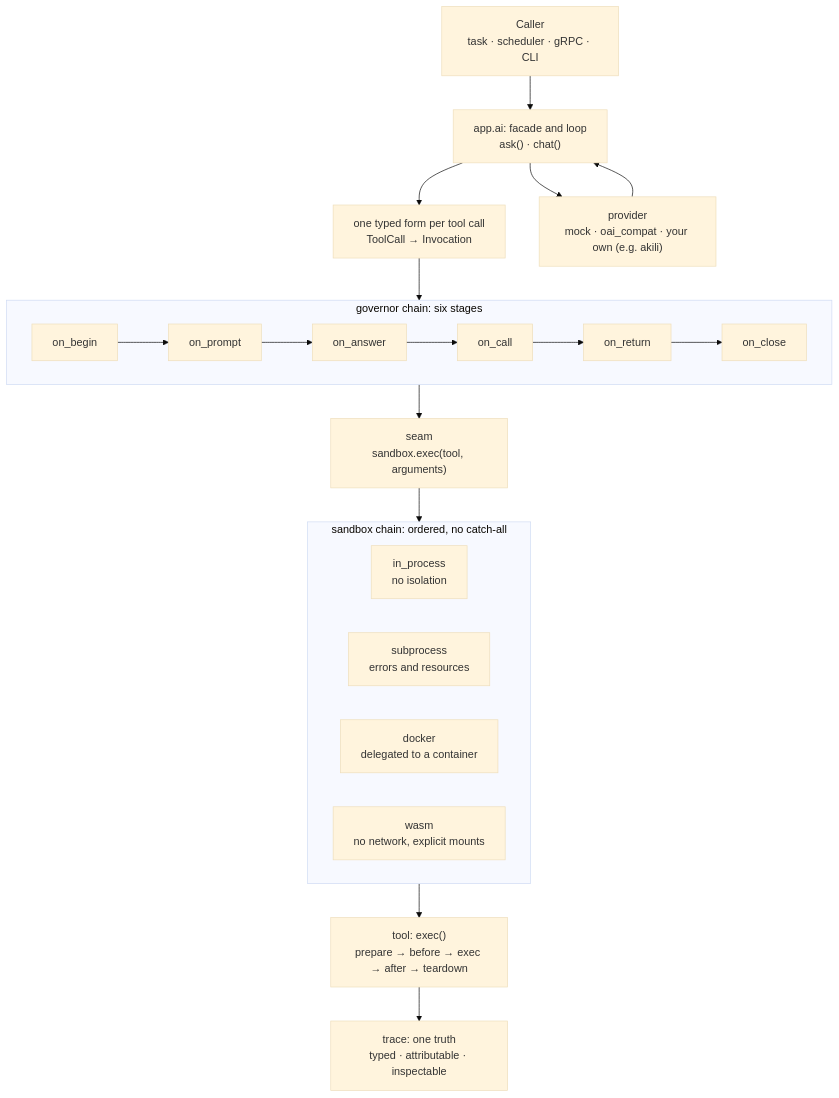
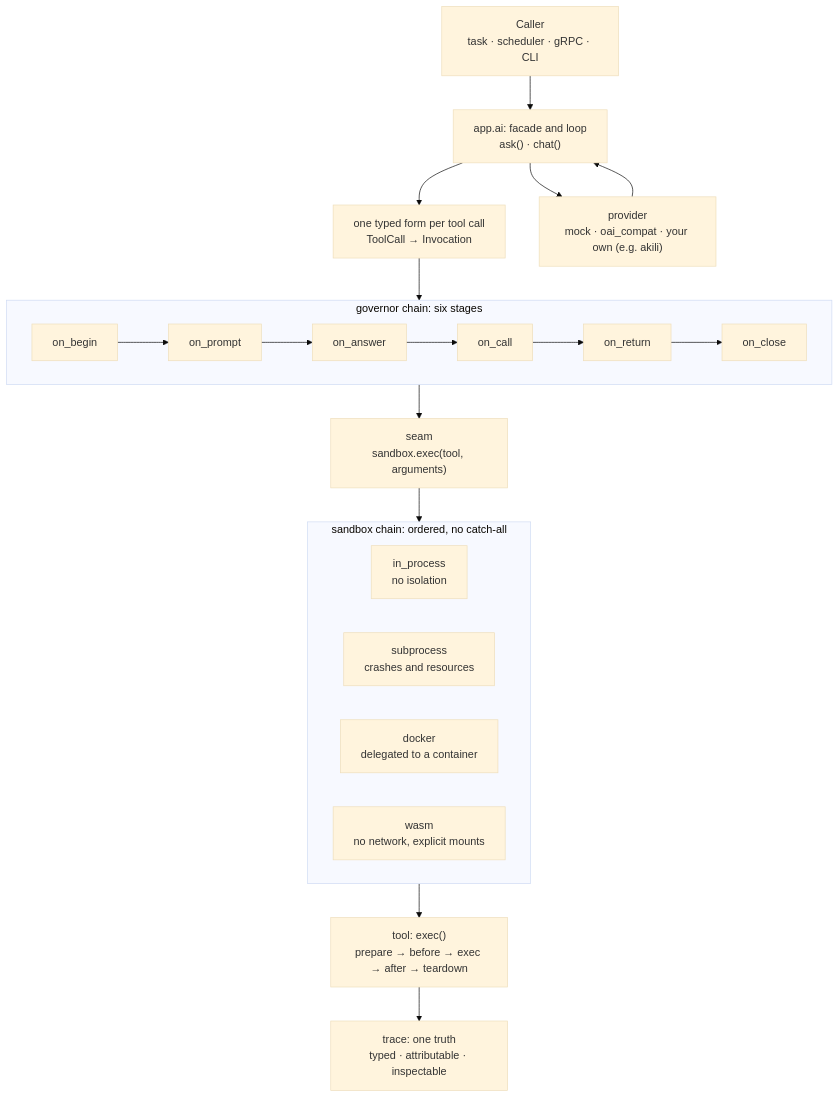
Before and after one commit to tokeo/fundi: the diagram in MISSION.md, drawn with Mermaid (base theme). The commit also changed other lines of this file and 6 other files, not shown here.

Commit message:
doc: subprocess gives crash and resource isolation, in_process none against crashes

````diff
--- a/MISSION.md
+++ b/MISSION.md
@@ -95,31 +95,31 @@
 ```mermaid
 flowchart TD
     Caller["Caller<br/>task · scheduler · gRPC · CLI"] --> Facade
 
     Facade["app.ai: facade and loop<br/>ask() · chat()"] --> Norm
     Norm["one typed form per tool call<br/>ToolCall → Invocation"] --> Chain
 
     subgraph Chain["governor chain: six stages"]
         direction LR
         G1["on_begin"] --> G2["on_prompt"] --> G3["on_answer"] --> G4["on_call"] --> G5["on_return"] --> G6["on_close"]
     end
 
     Chain --> Seam
     Seam["seam<br/>sandbox.exec(tool, arguments)"] --> SB
 
     subgraph SB["sandbox chain: ordered, no catch-all"]
         direction LR
         S1["in_process<br/>no isolation"]
-        S2["subprocess<br/>errors and resources"]
+        S2["subprocess<br/>crashes and resources"]
         S3["docker<br/>delegated to a container"]
         S4["wasm<br/>no network, explicit mounts"]
     end
 
     SB --> Tool["tool: exec()<br/>prepare → before → exec → after → teardown"]
     Tool --> Trace
 
     Facade --> Prov
     Prov["provider<br/>mock · oai_compat · your own (e.g. akili)"] --> Facade
 
     Trace["trace: one truth<br/>typed · attributable · inspectable"]
 ```
````
